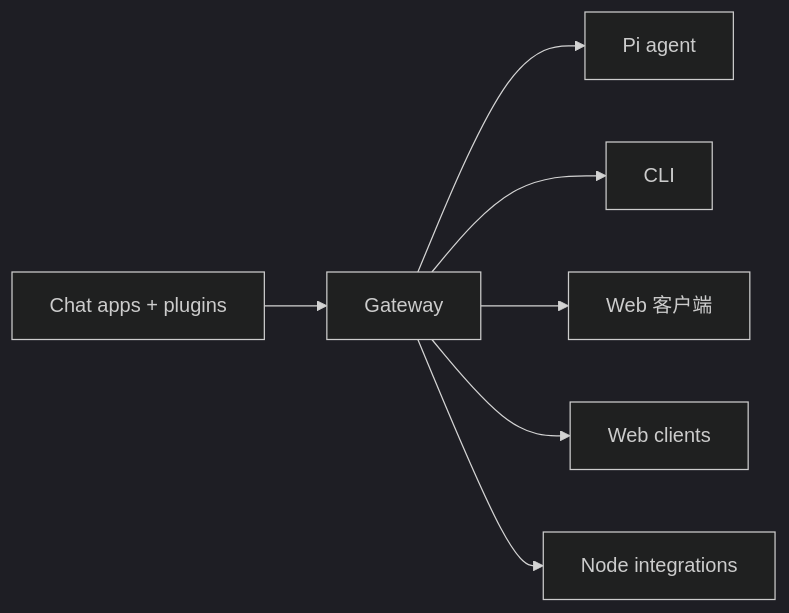
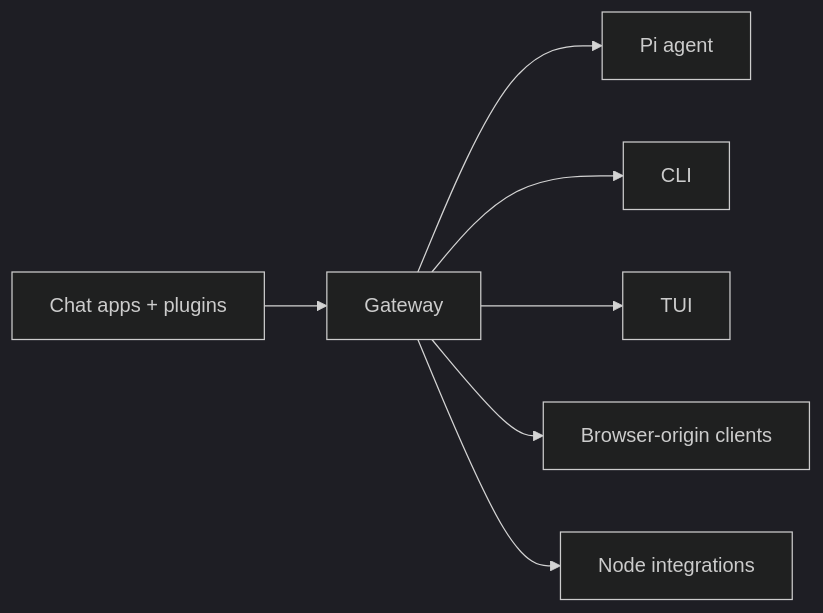
Before and after one commit to qianleigood/crawclaw: the diagram in docs/zh-CN/index.md, drawn with Mermaid (dark theme). The commit also changed other lines of this file and 417 other files, not shown here.

````diff
--- a/docs/zh-CN/index.md
+++ b/docs/zh-CN/index.md
@@ -55,9 +55,9 @@
 ```mermaid
 flowchart LR
   A["Chat apps + plugins"] --> B["Gateway"]
   B --> C["Pi agent"]
   B --> D["CLI"]
-  B --> E["Web 客户端"]
-  B --> F["Web clients"]
+  B --> E["TUI"]
+  B --> F["Browser-origin clients"]
   B --> G["Node integrations"]
 ```
````
